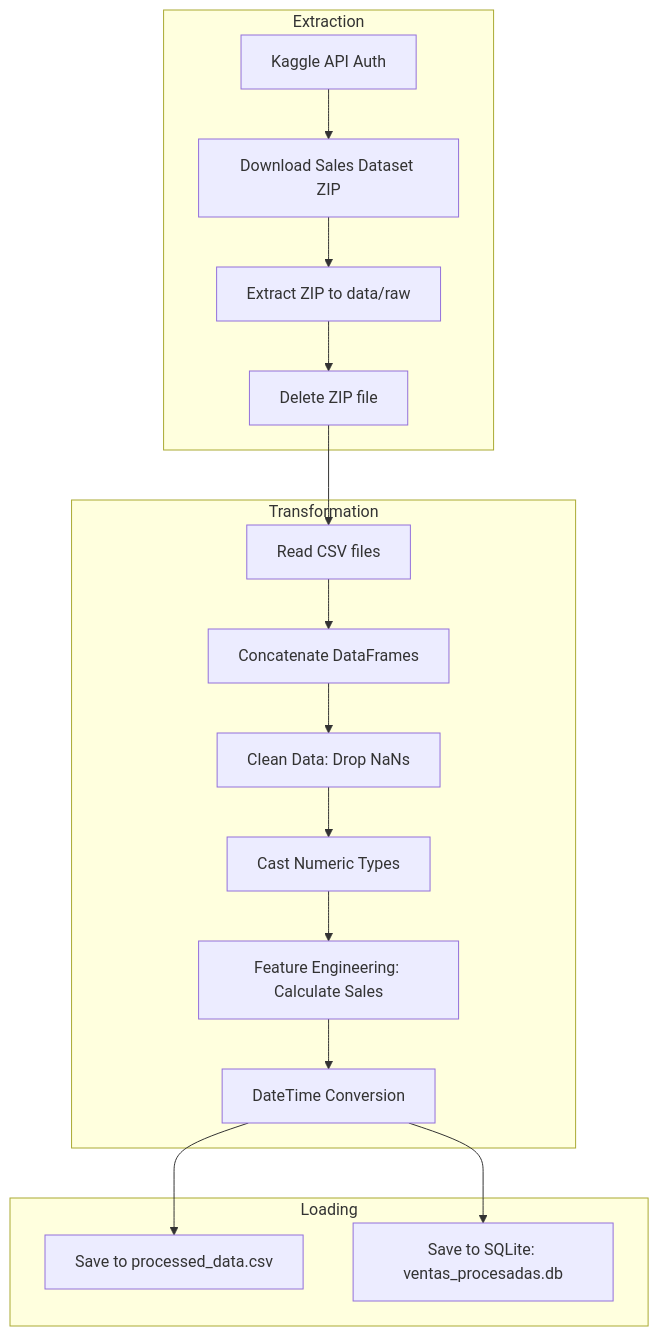
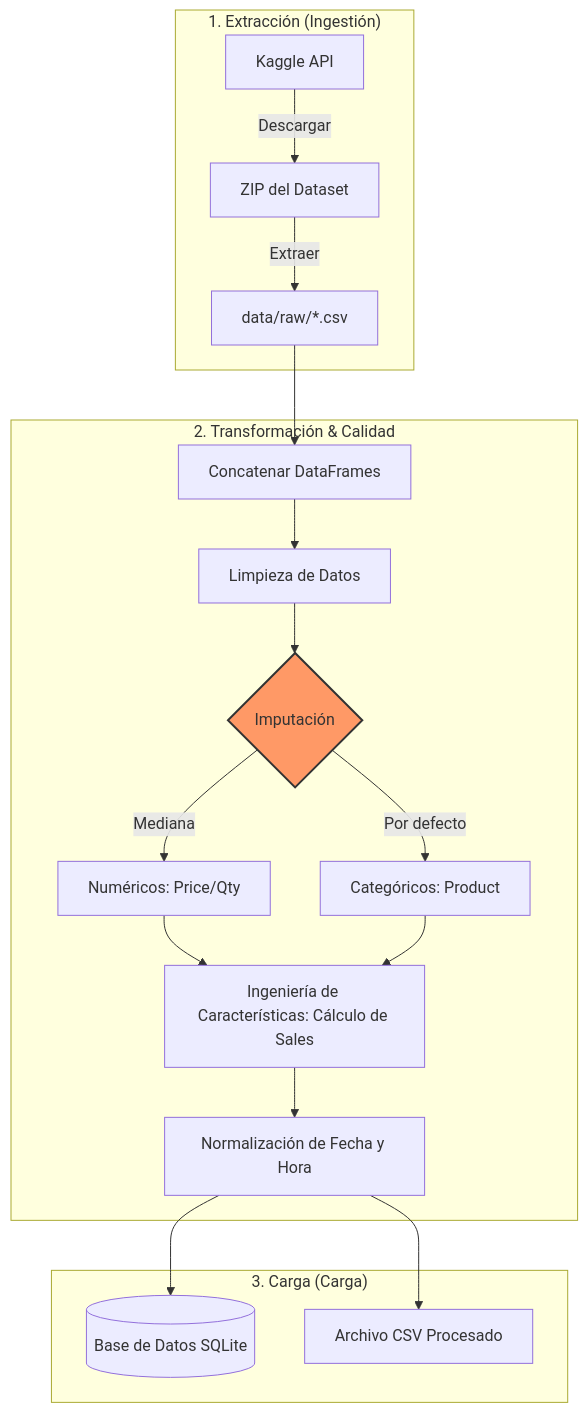
The first of 2 diagrams in README.md (Josue-Ribero/SaleSight), drawn with Mermaid before and after one commit. The commit also changed other lines of this file and 9 other files, not shown here.

````diff
--- a/README.md
+++ b/README.md
@@ -64,22 +15,25 @@
 ```mermaid
 graph TD
-    subgraph Extraction
-        A[Kaggle API Auth] --> B[Download Sales Dataset ZIP]
-        B --> C[Extract ZIP to data/raw]
-        C --> D[Delete ZIP file]
+    subgraph "1. Extracción (Ingestión)"
+        A[Kaggle API] -->|Descargar| B[ZIP del Dataset]
+        B -->|Extraer| C[data/raw/*.csv]
     end
 
-    subgraph Transformation
-        D --> E[Read CSV files]
-        E --> F[Concatenate DataFrames]
-        F --> G[Clean Data: Drop NaNs]
-        G --> H[Cast Numeric Types]
-        H --> I[Feature Engineering: Calculate Sales]
-        I --> J[DateTime Conversion]
+    subgraph "2. Transformación & Calidad"
+        C --> D[Concatenar DataFrames]
+        D --> E[Limpieza de Datos]
+        E --> F{Imputación}
+        F -->|Mediana| G[Numéricos: Price/Qty]
+        F -->|Por defecto| H[Categóricos: Product]
+        G --> I[Ingeniería de Características: Cálculo de Sales]
+        H --> I
+        I --> J[Normalización de Fecha y Hora]
     end
 
-    subgraph Loading
-        J --> K[Save to processed_data.csv]
-        J --> L[Save to SQLite: ventas_procesadas.db]
+    subgraph "3. Carga (Carga)"
+        J --> K[(Base de Datos SQLite)]
+        J --> L[Archivo CSV Procesado]
     end
+
+    style F fill:#f96,stroke:#333,stroke-width:2px
 ```
````
